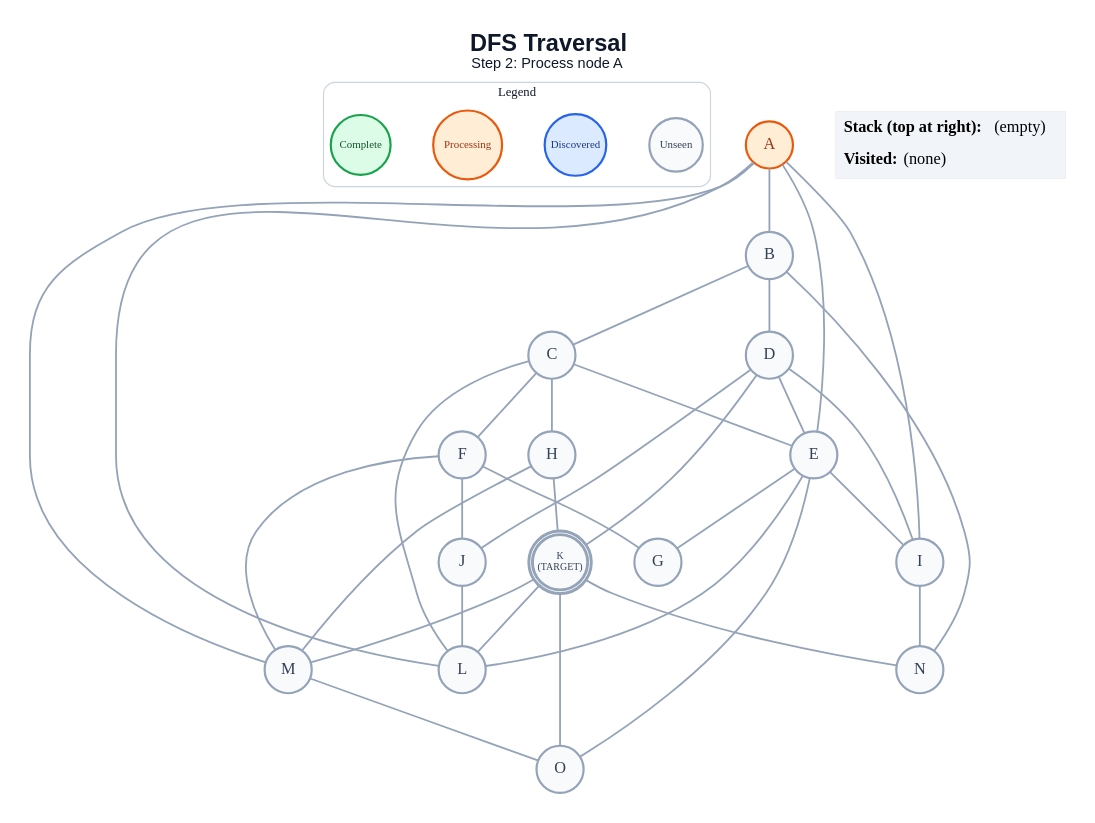
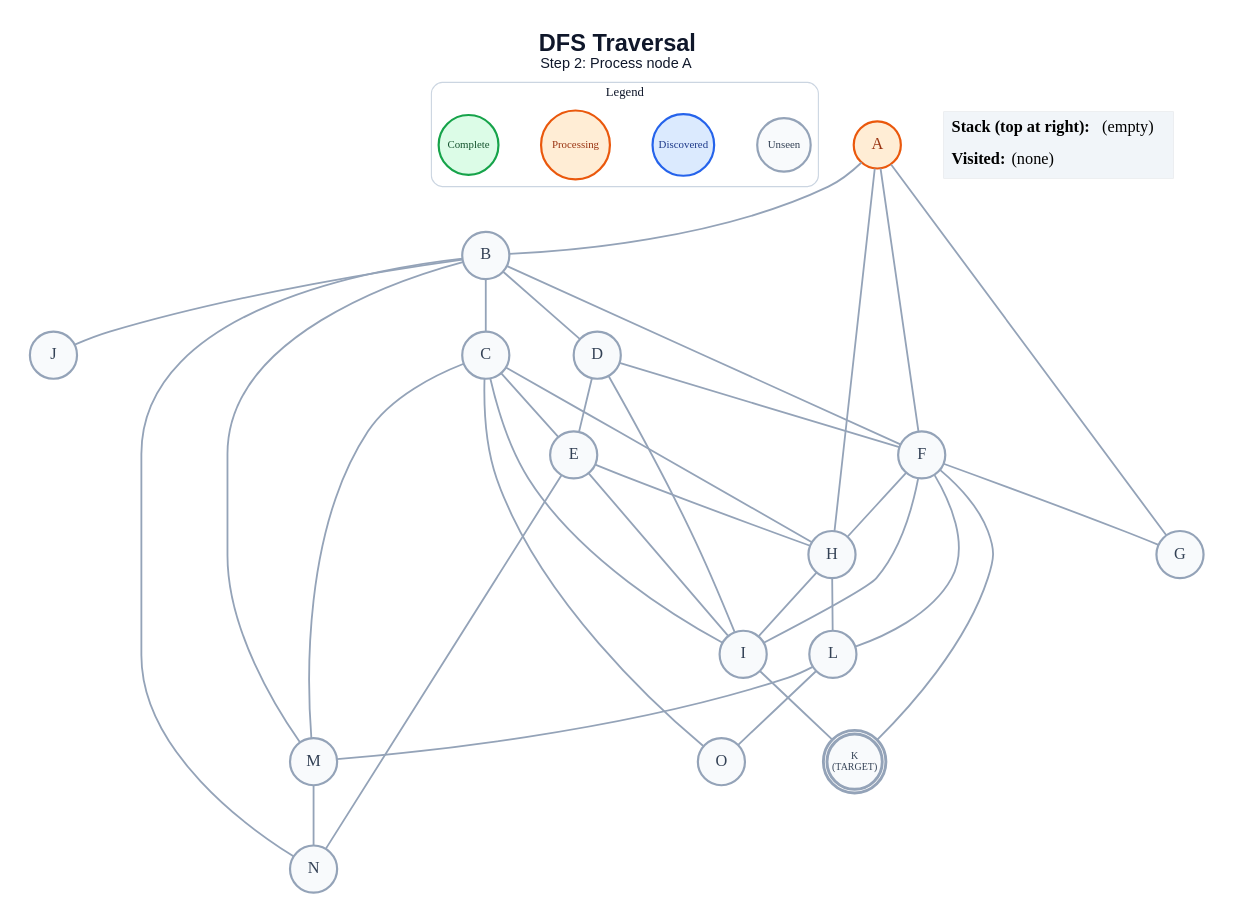
The diagram in generated/dfs/step_02.dot (anon7238593-create/ai-slop), drawn with Graphviz before and after one commit. The commit also changed 257 other files, not shown here.

```diff
--- a/generated/dfs/step_02.dot
+++ b/generated/dfs/step_02.dot
@@ -1,66 +1,66 @@
 graph traversal {
   graph [layout=dot, rankdir=TB, bgcolor="#FFFFFF", pad="0.35", nodesep="0.65", ranksep="0.8", fontname="Arial"];
   node [shape=circle, style="filled", fontname="Arial Bold", fontsize=18, width=0.72, fixedsize=true, penwidth=2.4];
   edge [color="#94A3B8", penwidth=2.0];
   label=<<B>DFS Traversal</B><BR/><FONT POINT-SIZE="16">Step 2: Process node A</FONT>>; labelloc="t"; fontsize=26; fontname="Arial"; fontcolor="#0F172A";
   subgraph cluster_legend { label="Legend"; color="#CBD5E1"; penwidth=1.2; style="rounded"; fontsize=14; fontname="Arial Bold";
     key_unseen [label="Unseen", fillcolor="#F8FAFC", color="#94A3B8", fontcolor="#334155", fontsize=12, width=0.82];
     key_frontier [label="Discovered", fillcolor="#DBEAFE", color="#2563EB", fontcolor="#1E3A8A", fontsize=12, width=0.95];
     key_current [label="Processing", fillcolor="#FFEDD5", color="#EA580C", fontcolor="#9A3412", fontsize=12, width=1.05];
     key_done [label="Complete", fillcolor="#DCFCE7", color="#16A34A", fontcolor="#14532D", fontsize=12, width=0.92];
     { rank=same; key_unseen; key_frontier; key_current; key_done; }
   }
   A [label="A", fillcolor="#FFEDD5", color="#EA580C", fontcolor="#9A3412", peripheries=1, penwidth=2.4];
   B [label="B", fillcolor="#F8FAFC", color="#94A3B8", fontcolor="#334155", peripheries=1, penwidth=2.4];
   C [label="C", fillcolor="#F8FAFC", color="#94A3B8", fontcolor="#334155", peripheries=1, penwidth=2.4];
   D [label="D", fillcolor="#F8FAFC", color="#94A3B8", fontcolor="#334155", peripheries=1, penwidth=2.4];
   E [label="E", fillcolor="#F8FAFC", color="#94A3B8", fontcolor="#334155", peripheries=1, penwidth=2.4];
   F [label="F", fillcolor="#F8FAFC", color="#94A3B8", fontcolor="#334155", peripheries=1, penwidth=2.4];
   G [label="G", fillcolor="#F8FAFC", color="#94A3B8", fontcolor="#334155", peripheries=1, penwidth=2.4];
   H [label="H", fillcolor="#F8FAFC", color="#94A3B8", fontcolor="#334155", peripheries=1, penwidth=2.4];
   I [label="I", fillcolor="#F8FAFC", color="#94A3B8", fontcolor="#334155", peripheries=1, penwidth=2.4];
   J [label="J", fillcolor="#F8FAFC", color="#94A3B8", fontcolor="#334155", peripheries=1, penwidth=2.4];
   K [label="K\n(TARGET)", fillcolor="#F8FAFC", color="#94A3B8", fontcolor="#334155", peripheries=2, penwidth=3.2, fontsize=11, width=0.85, height=0.85];
   L [label="L", fillcolor="#F8FAFC", color="#94A3B8", fontcolor="#334155", peripheries=1, penwidth=2.4];
   M [label="M", fillcolor="#F8FAFC", color="#94A3B8", fontcolor="#334155", peripheries=1, penwidth=2.4];
   N [label="N", fillcolor="#F8FAFC", color="#94A3B8", fontcolor="#334155", peripheries=1, penwidth=2.4];
   O [label="O", fillcolor="#F8FAFC", color="#94A3B8", fontcolor="#334155", peripheries=1, penwidth=2.4];
   A -- B;
-  A -- E;
-  A -- I;
-  A -- L;
-  A -- M;
+  A -- F;
+  A -- G;
+  A -- H;
   B -- C;
   B -- D;
+  B -- F;
+  B -- J;
+  B -- M;
   B -- N;
   C -- E;
-  C -- F;
   C -- H;
-  C -- L;
+  C -- I;
+  C -- M;
+  C -- O;
   D -- E;
+  D -- F;
   D -- I;
-  D -- J;
-  D -- K;
-  E -- G;
+  E -- H;
   E -- I;
-  E -- L;
-  E -- O;
+  E -- N;
   F -- G;
-  F -- J;
-  F -- M;
-  H -- K;
-  H -- M;
-  I -- N;
-  J -- L;
-  K -- L;
-  K -- M;
-  K -- N;
-  K -- O;
-  M -- O;
+  F -- H;
+  F -- I;
+  F -- K;
+  F -- L;
+  H -- I;
+  H -- L;
+  I -- K;
+  L -- M;
+  L -- O;
+  M -- N;
   status [shape=plain, fixedsize=false, width=0, height=0, margin=0, label=<
     <TABLE BORDER="0" CELLBORDER="0" CELLPADDING="7" BGCOLOR="#F1F5F9">
       <TR><TD ALIGN="LEFT"><B>Stack (top at right):</B> (empty)</TD></TR>
       <TR><TD ALIGN="LEFT"><B>Visited:</B> (none)</TD></TR>
     </TABLE>
   >];
 }
```
